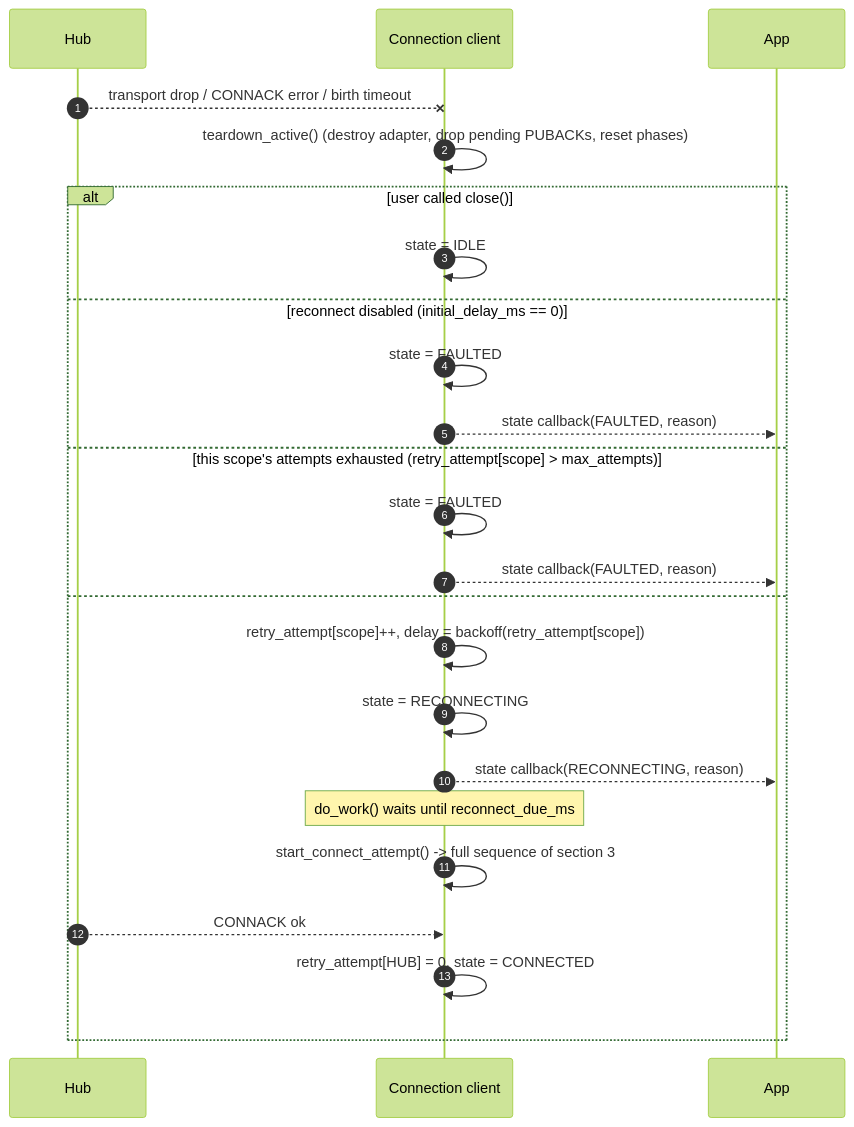
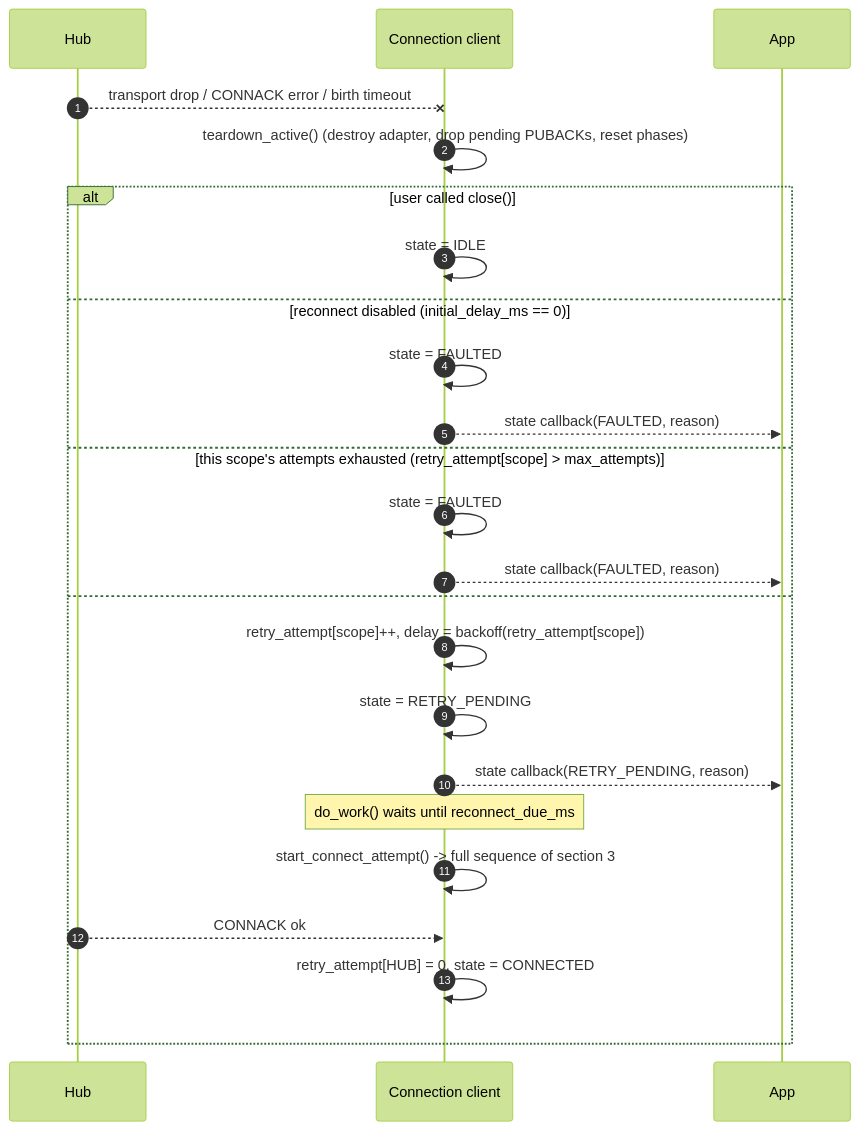
Before and after one commit to Azure/azure-iot-sdk: the fifth of 9 diagrams in c/docs/eng/connection.md, drawn with Mermaid (forest theme). The commit also changed other lines of this file and 14 other files, not shown here.

First line of the commit message:
c: rename AZ_IOT_CONN_STATE_RECONNECTING to AZ_IOT_CONN_STATE_RETRY_PENDING

````diff
--- a/c/docs/eng/connection.md
+++ b/c/docs/eng/connection.md
@@ -321,27 +321,27 @@
 ```mermaid
 sequenceDiagram
     autonumber
     participant Hub
     participant Conn as Connection client
     participant App
 
     Hub--xConn: transport drop / CONNACK error / birth timeout
     Conn->>Conn: teardown_active() (destroy adapter, drop pending PUBACKs, reset phases)
     alt user called close()
         Conn->>Conn: state = IDLE
     else reconnect disabled (initial_delay_ms == 0)
         Conn->>Conn: state = FAULTED
         Conn-->>App: state callback(FAULTED, reason)
     else this scope's attempts exhausted (retry_attempt[scope] > max_attempts)
         Conn->>Conn: state = FAULTED
         Conn-->>App: state callback(FAULTED, reason)
     else
         Conn->>Conn: retry_attempt[scope]++, delay = backoff(retry_attempt[scope])
-        Conn->>Conn: state = RECONNECTING
-        Conn-->>App: state callback(RECONNECTING, reason)
+        Conn->>Conn: state = RETRY_PENDING
+        Conn-->>App: state callback(RETRY_PENDING, reason)
         Note over Conn: do_work() waits until reconnect_due_ms
         Conn->>Conn: start_connect_attempt() -> full sequence of section 3
         Hub-->>Conn: CONNACK ok
         Conn->>Conn: retry_attempt[HUB] = 0, state = CONNECTED
     end
 ```
````
